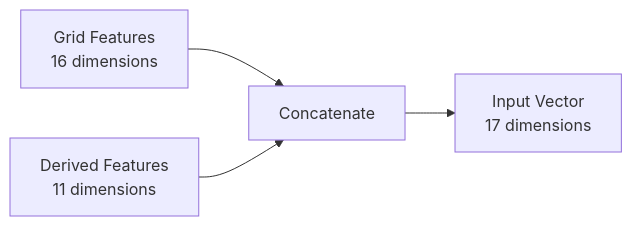
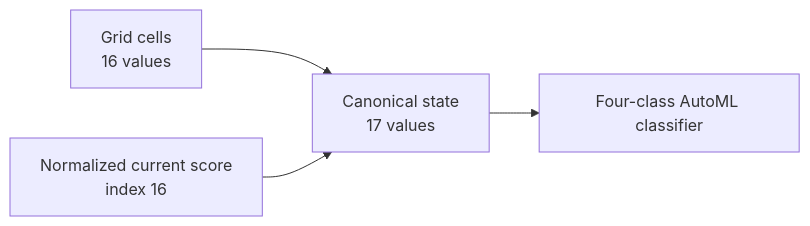
One commit to Evintkoo/2048-ml changed the first of 4 diagrams in plans/05-Model/02-Training/03-model-architecture.md. Above: the diagram before and after it, drawn with Mermaid. The commit also changed other lines of this file and 67 other files, not shown here.

````diff
--- a/plans/05-Model/02-Training/03-model-architecture.md
+++ b/plans/05-Model/02-Training/03-model-architecture.md
@@ -36,6 +36,6 @@
 ```mermaid
 flowchart LR
-    Grid[Grid Features<br/>16 dimensions] --> Concat[Concatenate]
-    Derived[Derived Features<br/>11 dimensions] --> Concat
-    Concat --> Input[Input Vector<br/>17 dimensions]
+    Grid[Grid cells<br/>16 values] --> State[Canonical state<br/>17 values]
+    Score[Normalized current score<br/>index 16] --> State
+    State --> Input[Four-class AutoML classifier]
 ```
````
